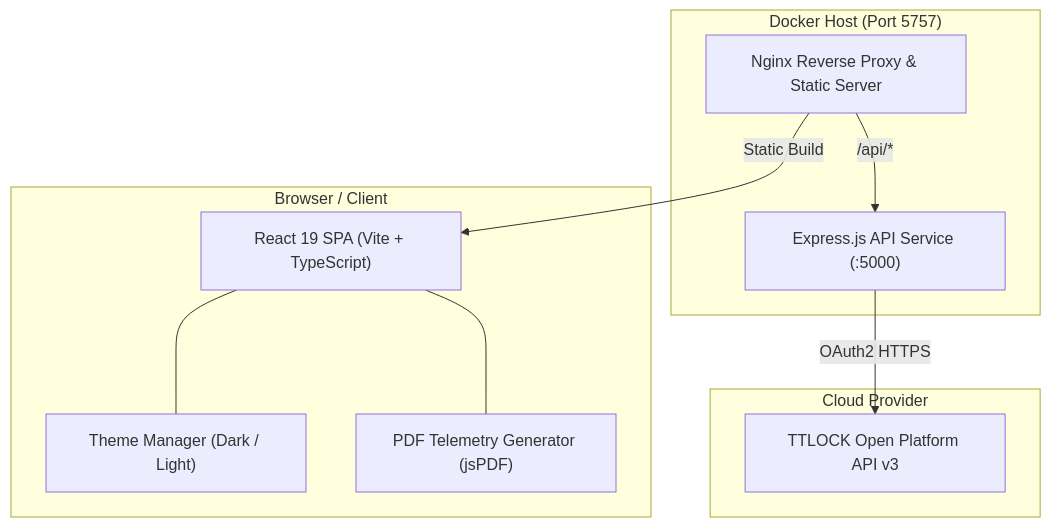
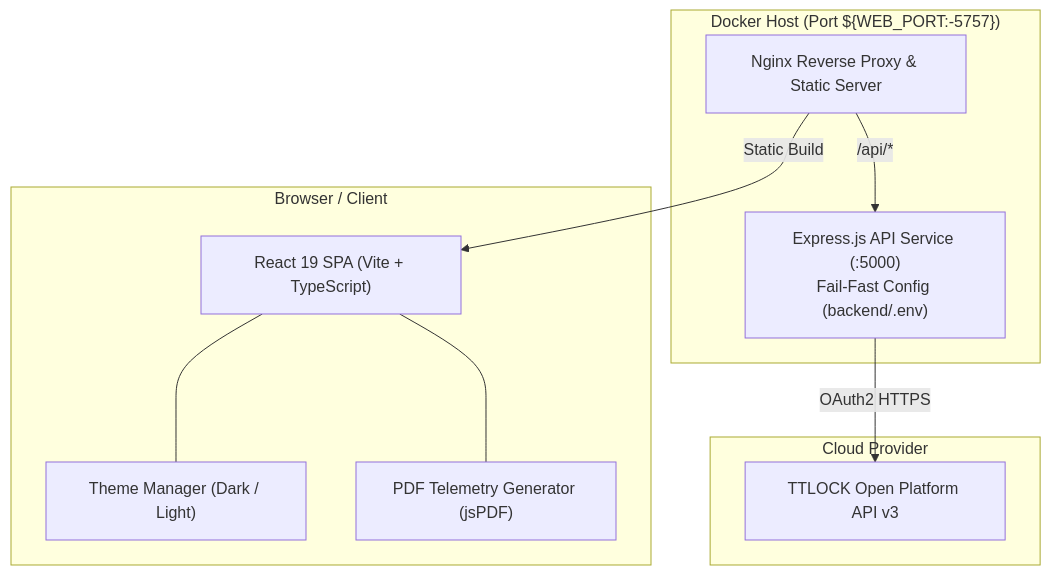
The diagram in README.md (helmipradita/ttlock-dashboard), drawn with Mermaid before and after one commit. The commit also changed other lines of this file and 18 other files, not shown here.

First line of the commit message:
feat: add gateway jump navigation, responsive table layout, and fail-fast web port

````diff
--- a/README.md
+++ b/README.md
@@ -44,22 +44,22 @@
 ```mermaid
 graph TB
     subgraph Client["Browser / Client"]
         UI["React 19 SPA (Vite + TypeScript)"]
         Theme["Theme Manager (Dark / Light)"]
         PdfGen["PDF Telemetry Generator (jsPDF)"]
         UI --- Theme
         UI --- PdfGen
     end
 
-    subgraph Docker["Docker Host (Port 5757)"]
+    subgraph Docker["Docker Host (Port ${WEB_PORT:-5757})"]
         Nginx["Nginx Reverse Proxy & Static Server"]
-        Backend["Express.js API Service (:5000)"]
+        Backend["Express.js API Service (:5000)<br/>Fail-Fast Config (backend/.env)"]
         Nginx -->|"/api/*"| Backend
         Nginx -->|"Static Build"| UI
     end
 
     subgraph External["Cloud Provider"]
         TTLock["TTLOCK Open Platform API v3"]
         Backend -->|"OAuth2 HTTPS"| TTLock
     end
 ```
````
